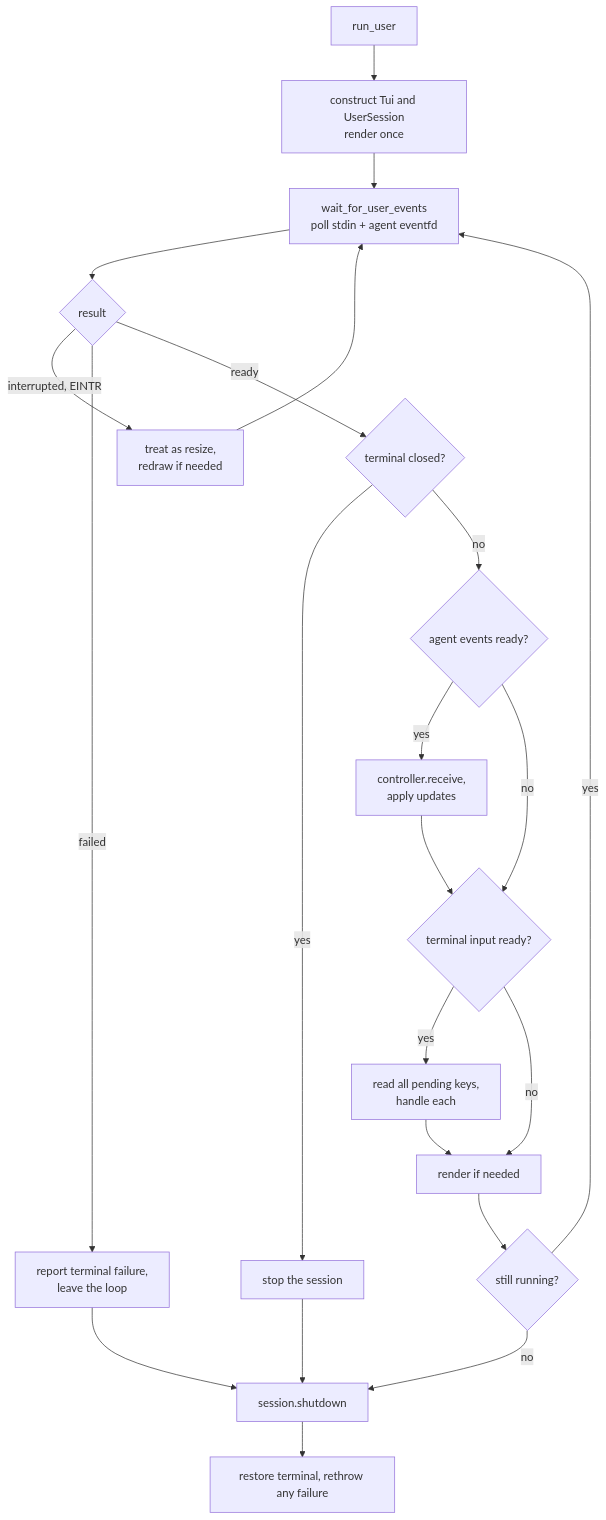
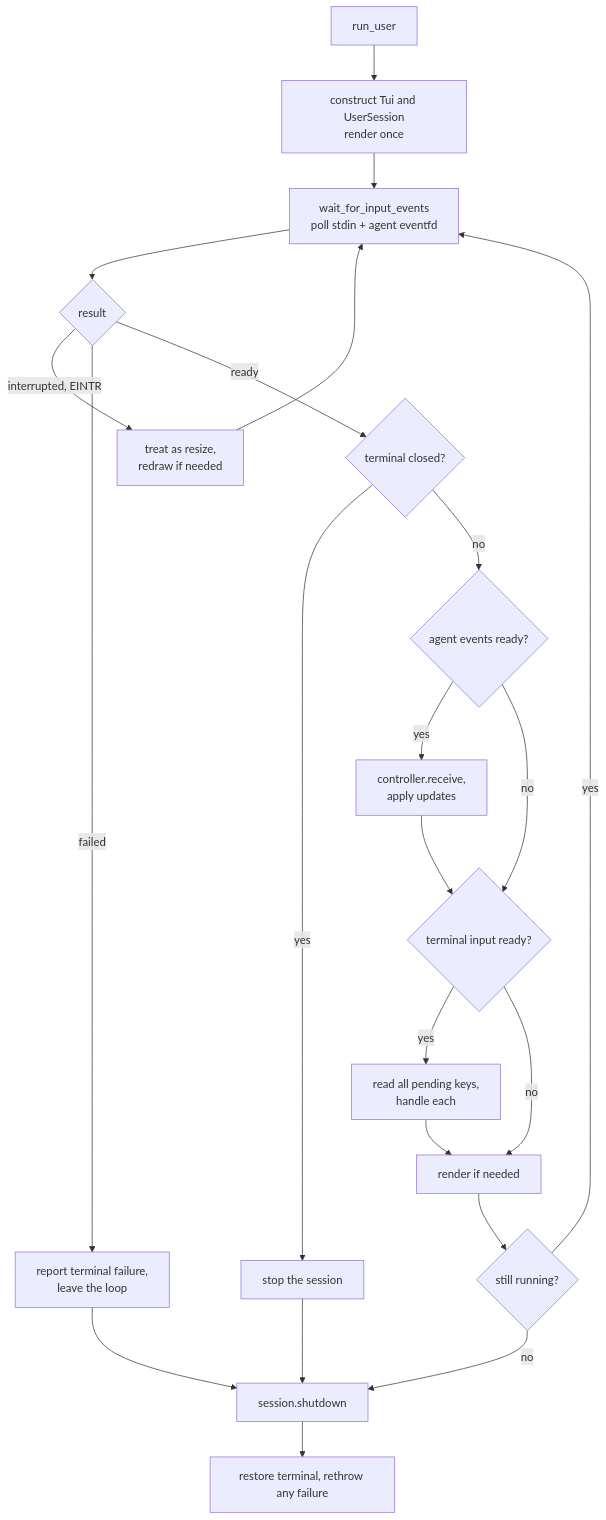
One commit to michaelpopov/cha changed the first of 2 diagrams in src/ui/tui/README.md. Above: the diagram before and after it, drawn with Mermaid. The commit also changed other lines of this file and 9 other files, not shown here.

````diff
--- a/src/ui/tui/README.md
+++ b/src/ui/tui/README.md
@@ -44,23 +42,23 @@
 ```mermaid
 flowchart TD
     start["run_user"] --> mk["construct Tui and UserSession<br/>render once"]
-    mk --> wait["wait_for_user_events<br/>poll stdin + agent eventfd"]
+    mk --> wait["wait_for_input_events<br/>poll stdin + agent eventfd"]
     wait --> res{"result"}
     res -->|"interrupted, EINTR"| resize["treat as resize,<br/>redraw if needed"] --> wait
     res -->|"failed"| fail["report terminal failure,<br/>leave the loop"]
     res -->|"ready"| closed{"terminal closed?"}
     closed -->|"yes"| stoploop["stop the session"]
     closed -->|"no"| agent{"agent events ready?"}
     agent -->|"yes"| drain["controller.receive,<br/>apply updates"]
     agent -->|"no"| keys
     drain --> keys{"terminal input ready?"}
     keys -->|"yes"| read["read all pending keys,<br/>handle each"]
     keys -->|"no"| paint
     read --> paint["render if needed"]
     paint --> running{"still running?"}
     running -->|"yes"| wait
     running -->|"no"| shut["session.shutdown"]
     stoploop --> shut
     fail --> shut
     shut --> done["restore terminal, rethrow any failure"]
 ```
````
